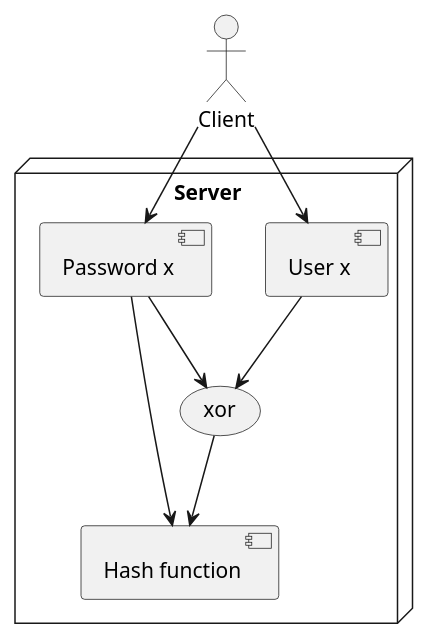
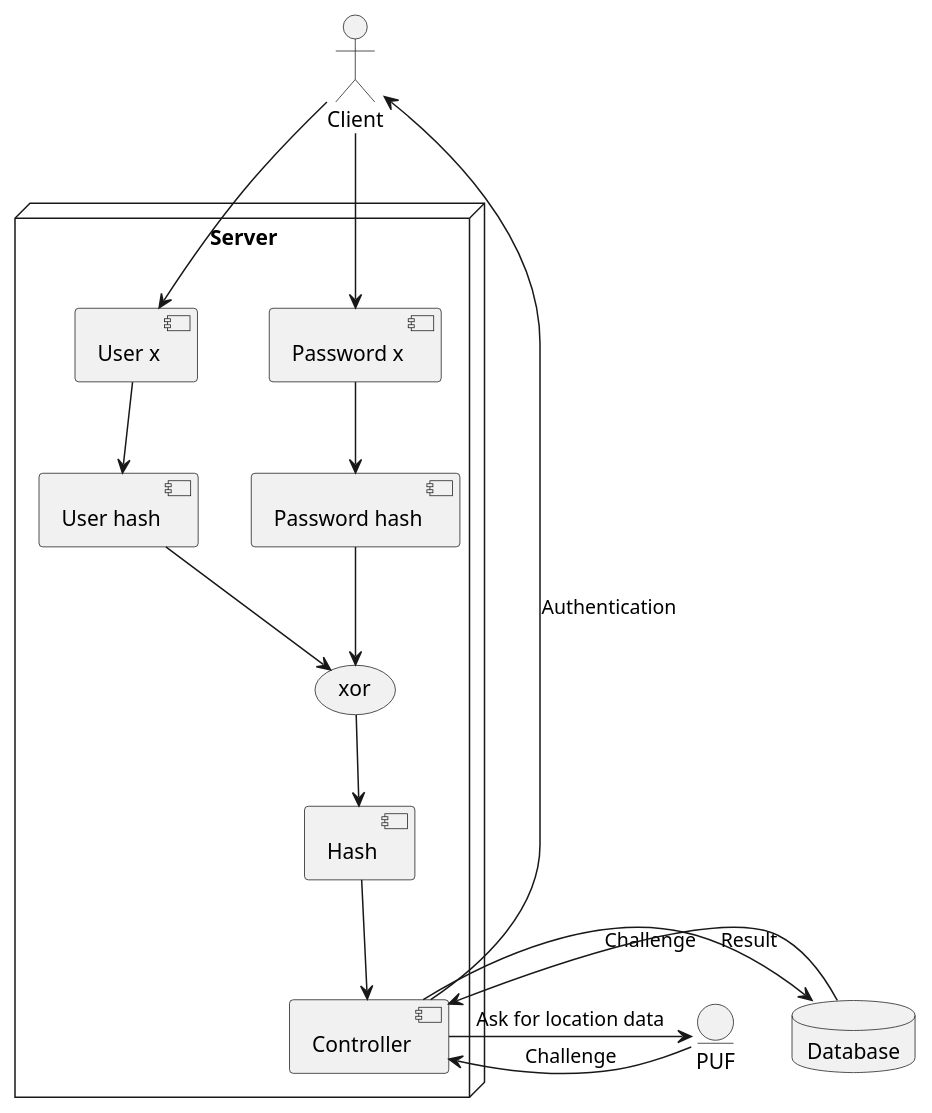
One commit to nigelgrey/INF639-Proj2 changed the second of 2 diagrams in planning.org. Above: the diagram before and after it, drawn with PlantUML. The commit also changed other lines of this file, not shown here.

Commit message:
Modified server component diagram

```diff
--- a/planning.org
+++ b/planning.org
@@ -53,13 +53,23 @@
 #+BEGIN_SRC plantuml :file ./server.png
-  @startuml
-  actor Client
-  node "Server" {
-          Client-->[User x]
-          Client-->[Password x]
-          [User x]-->(xor)
-          [Password x]-->(xor)
-          (xor)-->[Hash function]
-          [Password x]-->[Hash function]
-  }
-  @enduml
+@startuml
+actor Client
+database Database
+entity PUF
+
+node "Server" {
+        Client-->[User x]
+        Client-->[Password x]
+        [User x]-->[User hash]
+        [Password x]-->[Password hash]
+        [User hash]-->(xor)
+        [Password hash]-->(xor)
+        (xor)-->[Hash]
+        [Hash]-->[Controller]
+        [Controller]->PUF: Ask for location data
+        [Controller]<-PUF: Challenge
+        [Controller]->Database: Challenge
+        Database->[Controller]: Result
+        [Controller]->Client: Authentication
+}
+@enduml
 #+END_SRC
```
